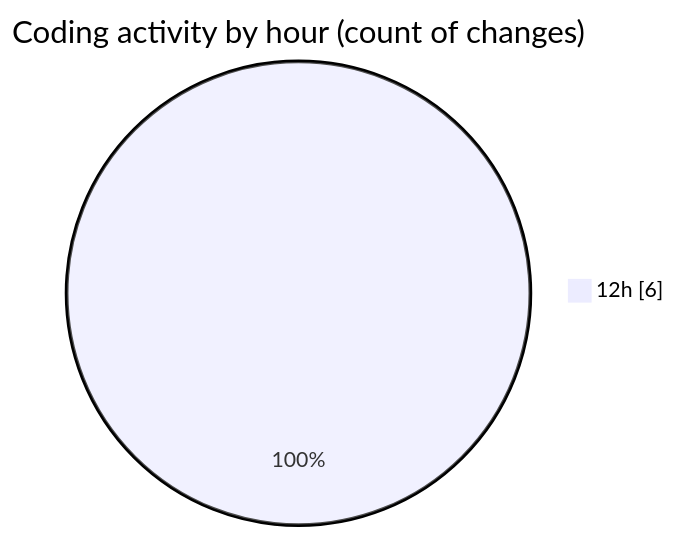
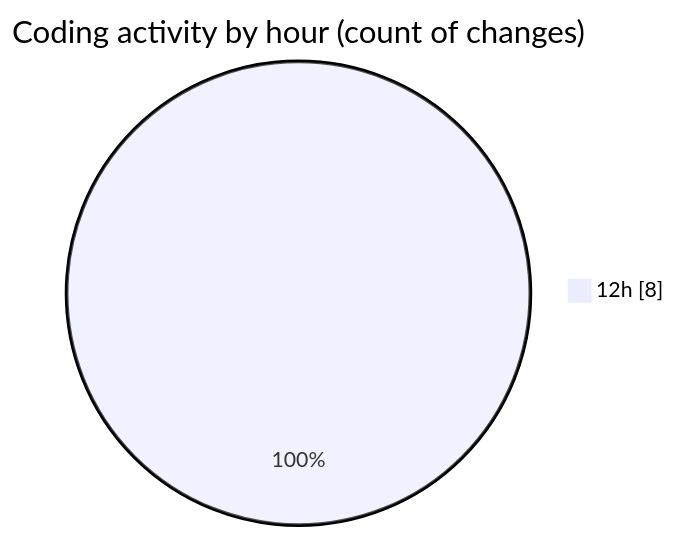
The second of 2 diagrams in 2025-03-10/startfiles__1_/README.md (NitaiMahat/code-tracking), drawn with Mermaid before and after one commit. The commit also changed other lines of this file and 1 other file, not shown here.

````diff
--- a/2025-03-10/startfiles__1_/README.md
+++ b/2025-03-10/startfiles__1_/README.md
@@ -31,5 +32,5 @@
 ```mermaid
 pie showData
 title Coding activity by hour (count of changes)
-"12h" : 6
+"12h" : 8
 ```
````
